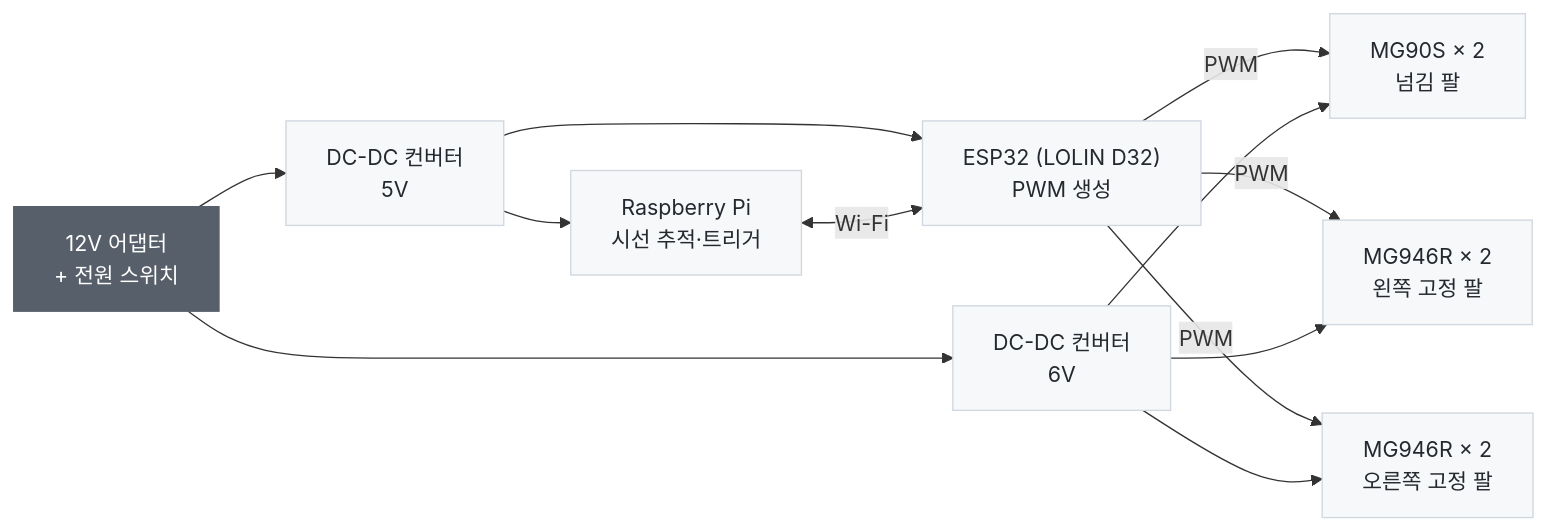
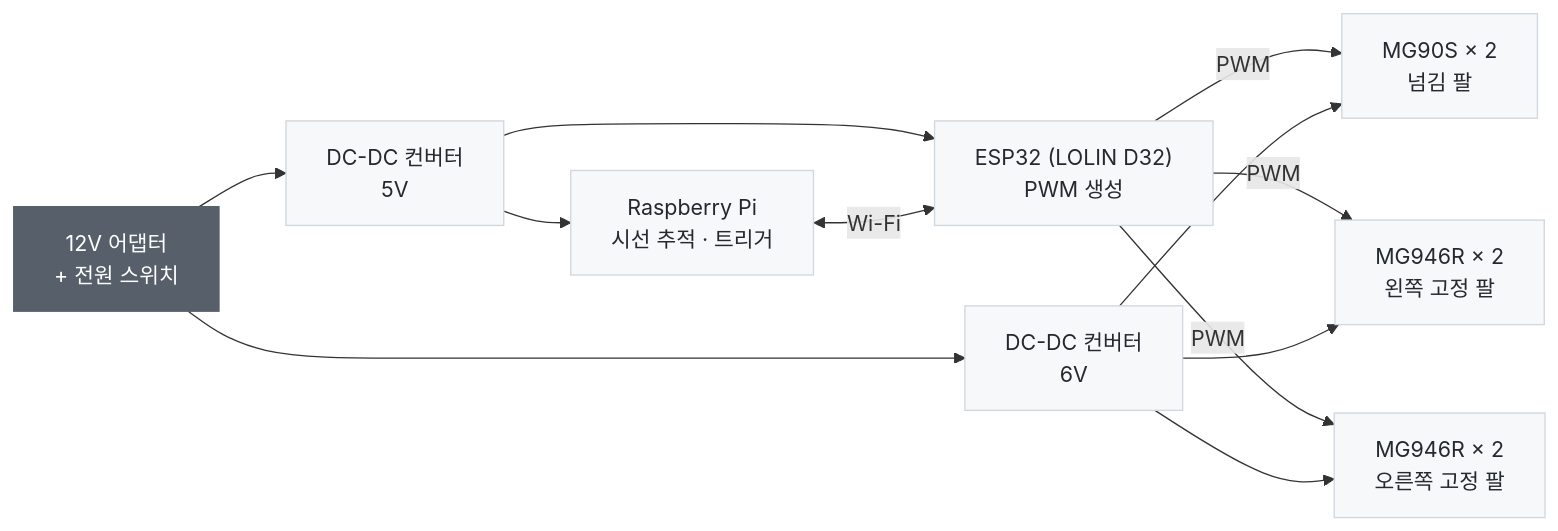
One commit to YOOBIN-AN/gaze-page-turner changed the second of 3 diagrams in page-actuator/README.md. Above: the diagram before and after it, drawn with Mermaid. The commit also changed other lines of this file and 3 other files, not shown here.

````diff
--- a/page-actuator/README.md
+++ b/page-actuator/README.md
@@ -113,19 +113,19 @@
 ```mermaid
 flowchart LR
     PW["12V 어댑터<br/>+ 전원 스위치"] --> DC1["DC-DC 컨버터<br/>5V"]
     PW --> DC2["DC-DC 컨버터<br/>6V"]
-    DC1 --> RPI["Raspberry Pi<br/>시선 추적·트리거"]
+    DC1 --> RPI["Raspberry Pi<br/>시선 추적 · 트리거"]
     DC1 --> ESP["ESP32 (LOLIN D32)<br/>PWM 생성"]
     RPI <-- Wi-Fi --> ESP
     ESP -- PWM --> S1["MG90S × 2<br/>넘김 팔"]
     ESP -- PWM --> S2["MG946R × 2<br/>왼쪽 고정 팔"]
     ESP -- PWM --> S3["MG946R × 2<br/>오른쪽 고정 팔"]
     DC2 --> S1
     DC2 --> S2
     DC2 --> S3
 
     classDef io fill:#57606a,stroke:#57606a,color:#fff
     classDef step fill:#f6f8fa,stroke:#d0d7de,color:#24292f
     class PW io
     class DC1,DC2,RPI,ESP,S1,S2,S3 step
 ```
````
